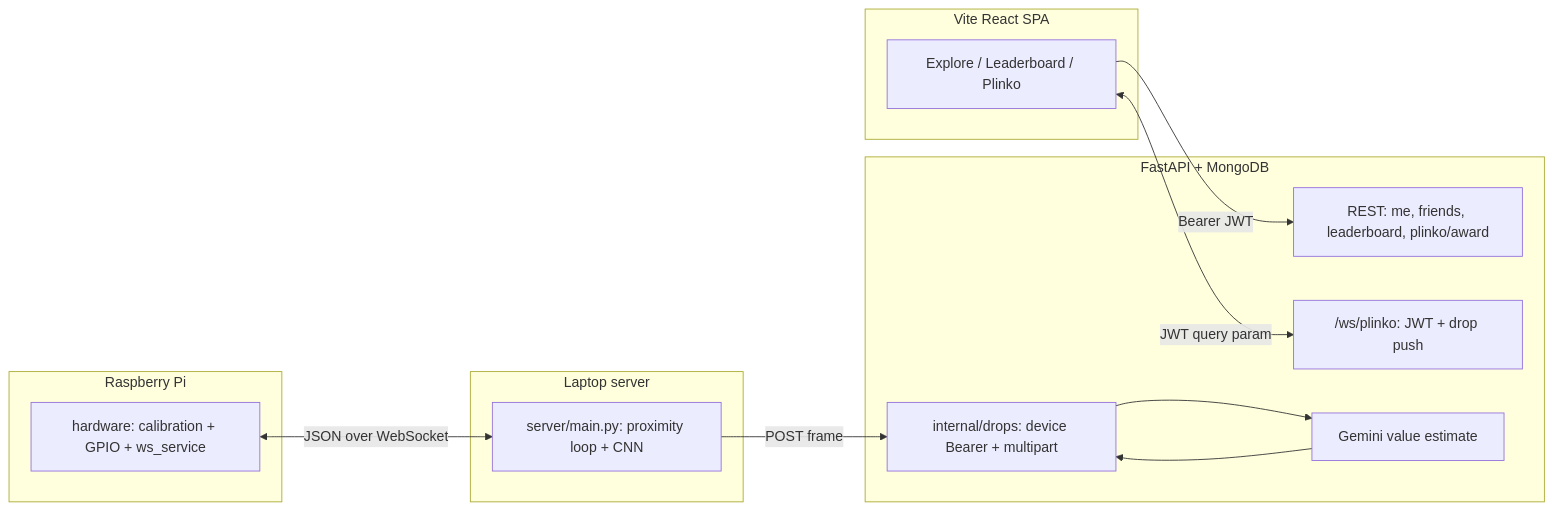
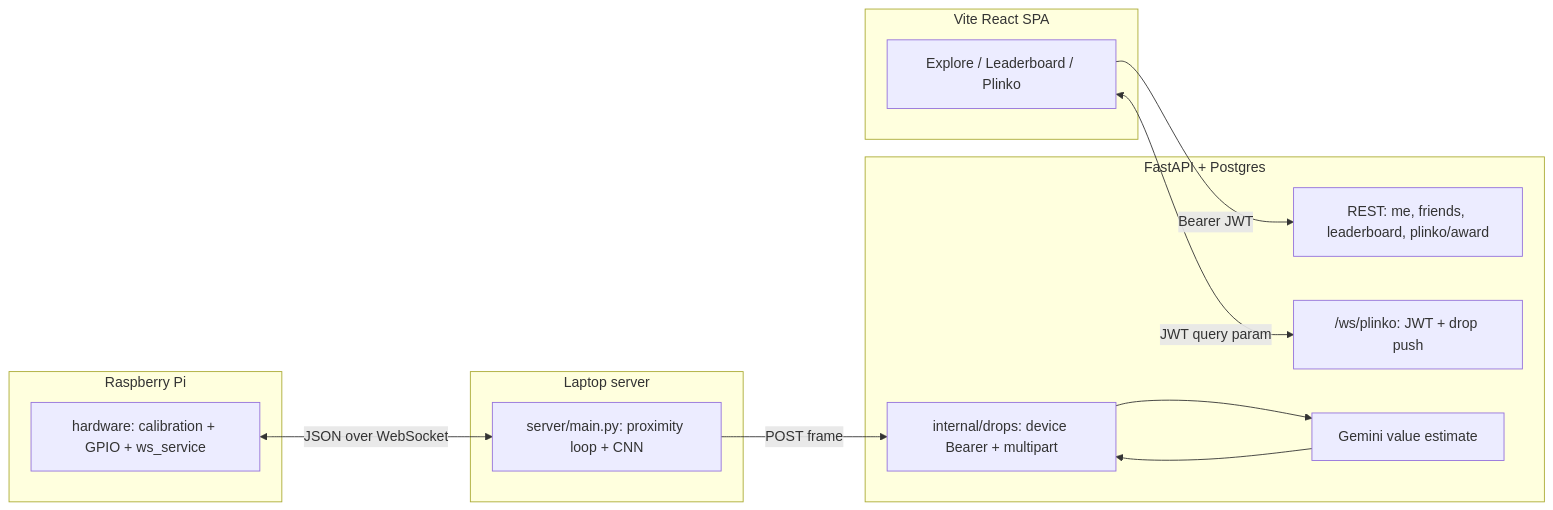
One commit to mhtruong1031/YHack changed the diagram in README.md. Above: the diagram before and after it, drawn with Mermaid. The commit also changed other lines of this file and 30 other files, not shown here.

````diff
--- a/README.md
+++ b/README.md
@@ -9,24 +9,24 @@
 ```mermaid
 flowchart LR
   subgraph edge [Raspberry Pi]
     HW[hardware: calibration + GPIO + ws_service]
   end
   subgraph laptop [Laptop server]
     SRV[server/main.py: proximity loop + CNN]
   end
-  subgraph backend [FastAPI + MongoDB]
+  subgraph backend [FastAPI + Postgres]
     API[REST: me, friends, leaderboard, plinko/award]
     INT[internal/drops: device Bearer + multipart]
     WS["/ws/plinko: JWT + drop push"]
     GEM[Gemini value estimate]
   end
   subgraph client [Vite React SPA]
     UI[Explore / Leaderboard / Plinko]
   end
   HW <-->|JSON over WebSocket| SRV
   SRV -->|POST frame| INT
   INT --> GEM
   GEM --> INT
   UI -->|Bearer JWT| API
   UI <-->|JWT query param| WS
 ```
````
